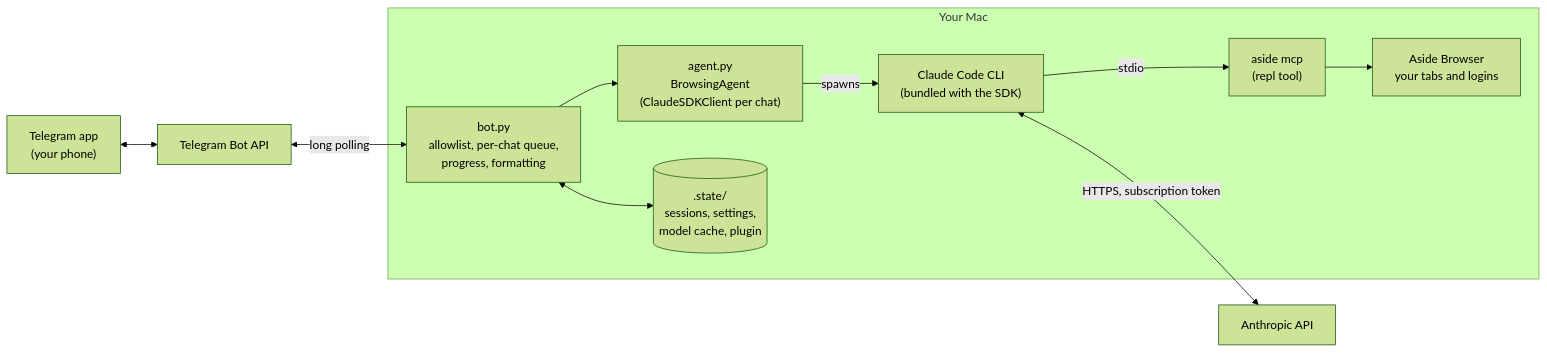
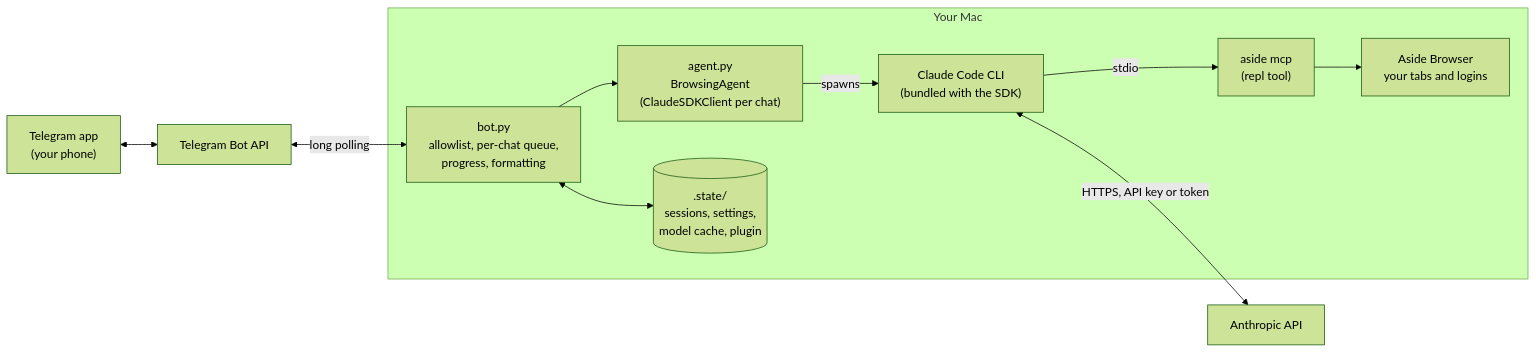
The diagram in README.md (emanuilo/aside-telegram-bot), drawn with Mermaid (forest theme) before and after one commit. The commit also changed other lines of this file and 33 other files, not shown here.

First line of the commit message:
Rename project to Hometabs and add Anthropic API key support

````diff
--- a/README.md
+++ b/README.md
@@ -169,19 +226,19 @@
 ```mermaid
 flowchart LR
     phone["Telegram app<br/>(your phone)"] <--> tg["Telegram Bot API"]
     subgraph mac["Your Mac"]
         bot["bot.py<br/>allowlist, per-chat queue,<br/>progress, formatting"]
         agent["agent.py<br/>BrowsingAgent<br/>(ClaudeSDKClient per chat)"]
         state[(".state/<br/>sessions, settings,<br/>model cache, plugin")]
         cli["Claude Code CLI<br/>(bundled with the SDK)"]
         mcp["aside mcp<br/>(repl tool)"]
         browser["Aside Browser<br/>your tabs and logins"]
         bot --> agent
         bot <--> state
         agent -->|spawns| cli
         cli -->|stdio| mcp
         mcp --> browser
     end
     tg <-->|long polling| bot
-    cli <-->|"HTTPS, subscription token"| anthropic["Anthropic API"]
+    cli <-->|"HTTPS, API key or token"| anthropic["Anthropic API"]
 ```
````
